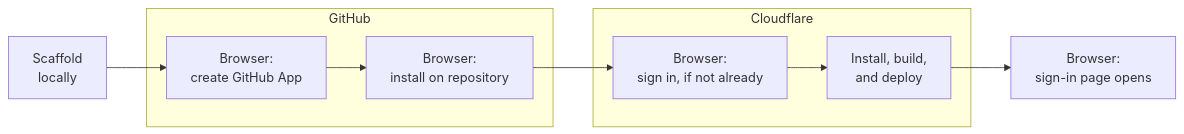
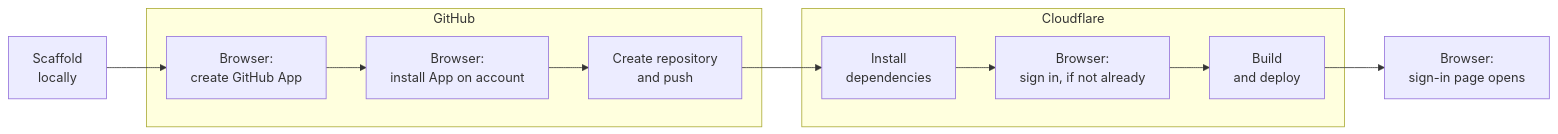
Before and after one commit to glw907/cairn-cms: the diagram in docs/admin/create-your-site.md, drawn with Mermaid. The commit also changed other lines of this file and 11 other files, not shown here.

Commit message:
Revise the admin arm after the figure, fact, and register checks

````diff
--- a/docs/admin/create-your-site.md
+++ b/docs/admin/create-your-site.md
@@ -108,25 +120,27 @@
 ```mermaid
 flowchart LR
-  accTitle: Diagram of the setup journey from scaffold to sign-in, with browser moments flagged
-  accDescr: The command scaffolds your site locally, then creates it on GitHub, then on Cloudflare, then signs you in. Browser moments mark the GitHub and Cloudflare stages. They are creating the GitHub App, installing it on your repository, signing in to Cloudflare if you are not signed in already, and the sign-in page that opens at the end.
+  accTitle: Diagram of the setup journey from scaffold to sign-in, with browser steps flagged
+  accDescr: The command scaffolds your site locally, then creates the GitHub App, installs it on your account, creates the repository and pushes the site, installs dependencies, signs in to Cloudflare if you are not signed in already, builds and deploys, and finally opens the sign-in page. Browser steps mark the App creation, the App install, the Cloudflare sign-in, and the final sign-in page.
 
   scaffold["Scaffold<br/>locally"]
 
   subgraph github["GitHub"]
     createApp["Browser:<br/>create GitHub App"]
-    installApp["Browser:<br/>install on repository"]
-    createApp --> installApp
+    installApp["Browser:<br/>install App on account"]
+    pushRepo["Create repository<br/>and push"]
+    createApp --> installApp --> pushRepo
   end
 
   subgraph cloudflare["Cloudflare"]
+    deps["Install<br/>dependencies"]
     cfSignin["Browser:<br/>sign in, if not already"]
-    cfDeploy["Install, build,<br/>and deploy"]
-    cfSignin --> cfDeploy
+    cfDeploy["Build<br/>and deploy"]
+    deps --> cfSignin --> cfDeploy
   end
 
   signin["Browser:<br/>sign-in page opens"]
 
   scaffold --> createApp
-  installApp --> cfSignin
+  pushRepo --> deps
   cfDeploy --> signin
 ```
````
